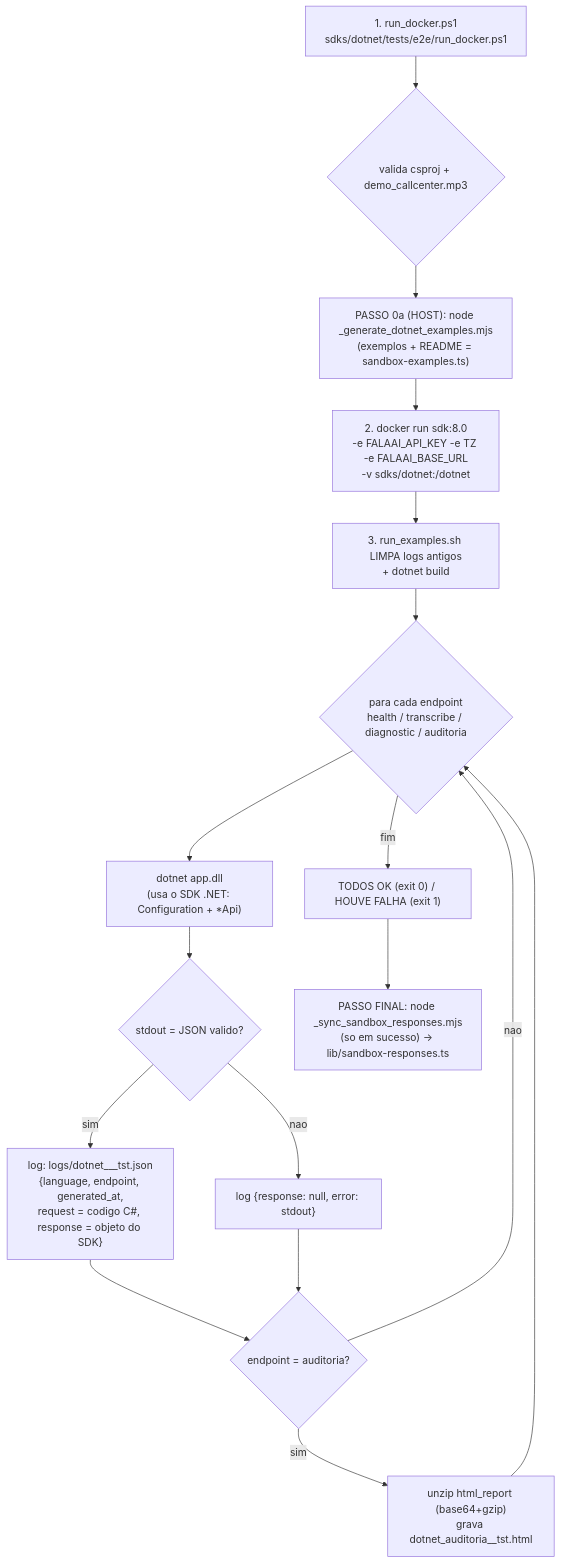
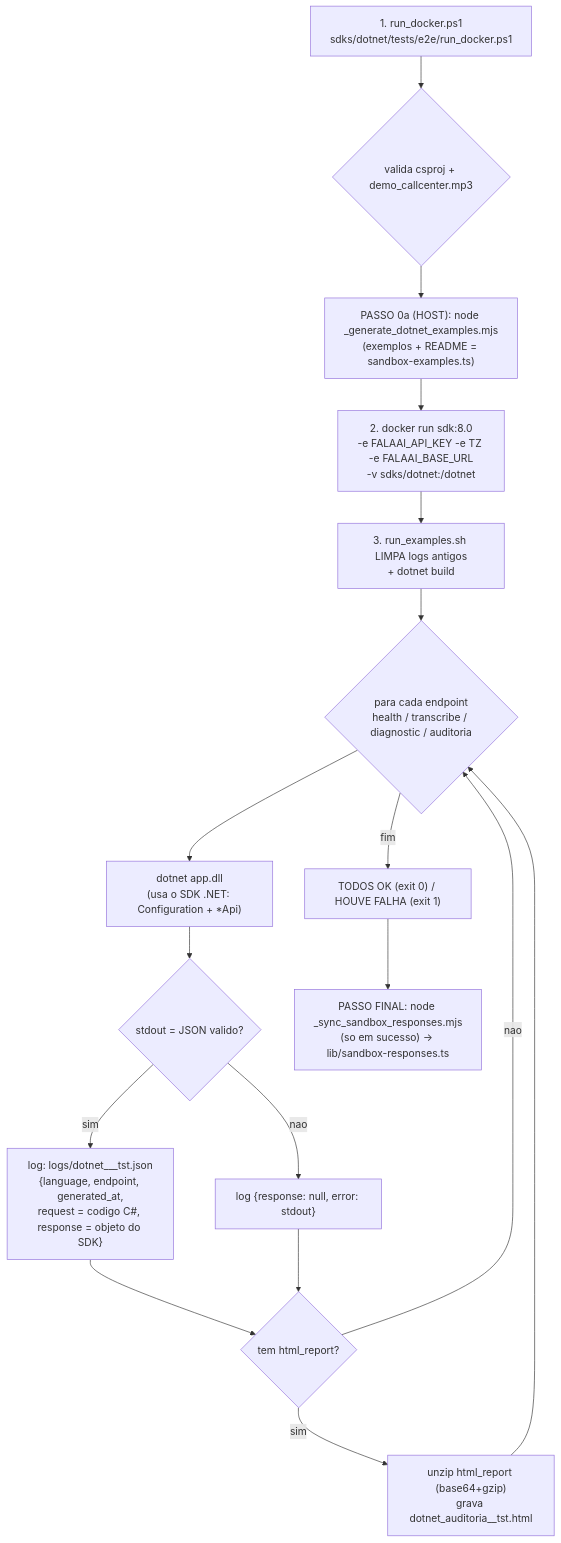
The diagram in examples/_FLUXO_TESTE_SDK_DOTNET.md (ActionTecBr/falaai-api-dotnet), drawn with Mermaid before and after one commit. The commit also changed other lines of this file and 203 other files, not shown here.

````diff
--- a/examples/_FLUXO_TESTE_SDK_DOTNET.md
+++ b/examples/_FLUXO_TESTE_SDK_DOTNET.md
@@ -28,19 +28,19 @@
 ```mermaid
 flowchart TD
     A["1. run_docker.ps1<br/>sdks/dotnet/tests/e2e/run_docker.ps1"] --> B{"valida csproj + demo_callcenter.mp3"}
     B --> P0["PASSO 0a (HOST): node _generate_dotnet_examples.mjs<br/>(exemplos + README = sandbox-examples.ts)"]
     P0 --> C["2. docker run sdk:8.0<br/>-e FALAAI_API_KEY -e TZ -e FALAAI_BASE_URL<br/>-v sdks/dotnet:/dotnet"]
     C --> D["3. run_examples.sh LIMPA logs antigos<br/>+ dotnet build"]
     D --> E{"para cada endpoint<br/>health / transcribe / diagnostic / auditoria"}
     E --> F["dotnet app.dll<br/>(usa o SDK .NET: Configuration + *Api)"]
     F --> G{"stdout = JSON valido?"}
     G -- "sim" --> H["log: logs/dotnet_<endpoint>_<ts>_tst.json<br/>{language, endpoint, generated_at,<br/>request = codigo C#, response = objeto do SDK}"]
     G -- "nao" --> I["log {response: null, error: stdout}"]
-    H --> J{"endpoint = auditoria?"}
+    H --> J{"tem html_report?"}
     I --> J
     J -- "sim" --> K["unzip html_report (base64+gzip)<br/>grava dotnet_auditoria_<ts>_tst.html"]
     J -- "nao" --> E
     K --> E
     E -- "fim" --> L["TODOS OK (exit 0) / HOUVE FALHA (exit 1)"]
     L --> M["PASSO FINAL: node _sync_sandbox_responses.mjs<br/>(so em sucesso) -> lib/sandbox-responses.ts"]
 ```
````
